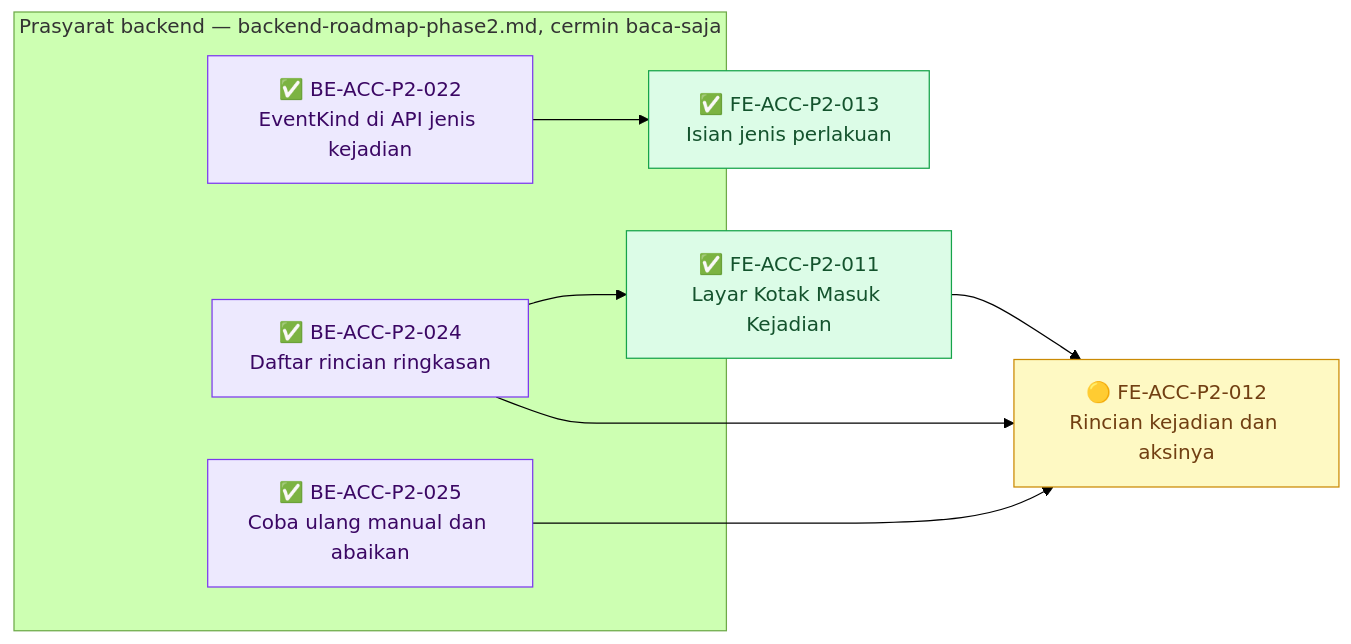
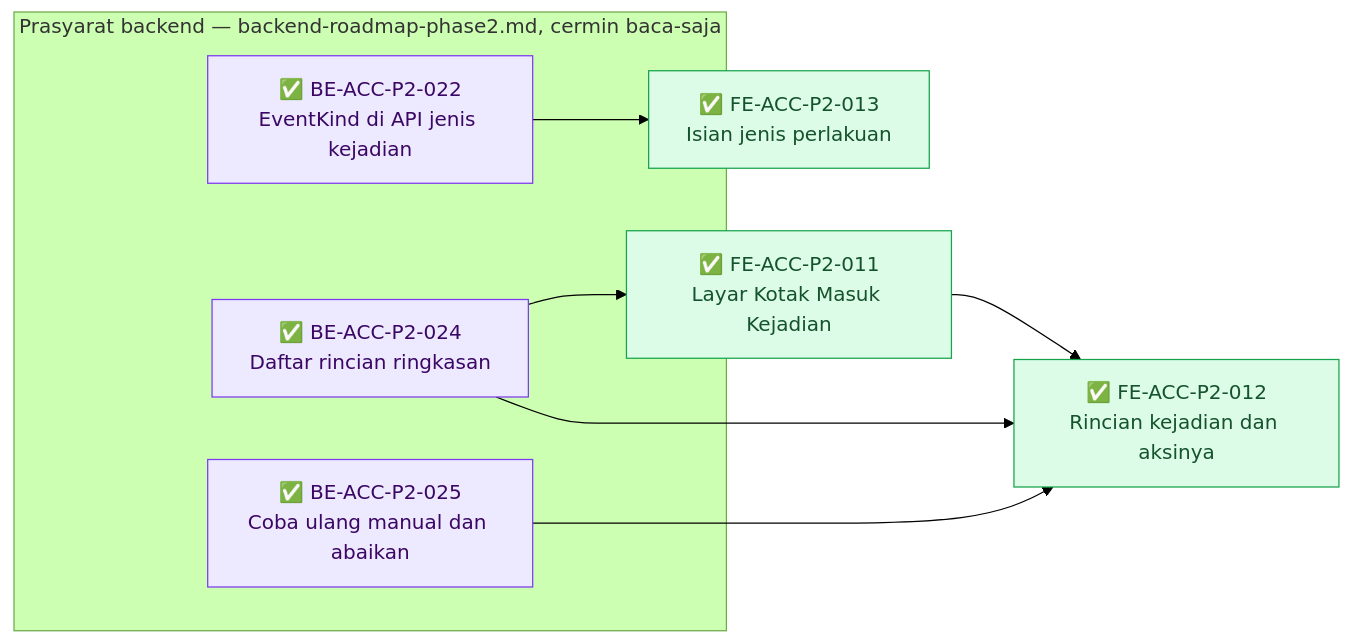
Before and after one commit to DevBenari/NewQuilvianSystemBackend: the fifth of 5 diagrams in docs/module-blueprints/accounting/roadmap/frontend-roadmap-phase2.md, drawn with Mermaid (forest theme). The commit also changed other lines of this file and 8 other files, not shown here.

Commit message:
merubah status task menjadi selesai pada task BE-ACC-26

````diff
--- a/docs/module-blueprints/accounting/roadmap/frontend-roadmap-phase2.md
+++ b/docs/module-blueprints/accounting/roadmap/frontend-roadmap-phase2.md
@@ -451,24 +451,24 @@
 ```mermaid
 flowchart LR
     classDef selesai fill:#DCFCE7,stroke:#16A34A,color:#14532D
     classDef sebagian fill:#FEF9C3,stroke:#CA8A04,color:#713F12
     classDef terblokir fill:#FEE2E2,stroke:#DC2626,color:#7F1D1D
     classDef belum fill:#F1F5F9,stroke:#64748B,color:#0F172A
     classDef luar fill:#EDE9FE,stroke:#7C3AED,color:#3B0764
 
     subgraph backend["Prasyarat backend — backend-roadmap-phase2.md, cermin baca-saja"]
         BBEACCP2022["✅ BE-ACC-P2-022<br/>EventKind di API jenis kejadian"]:::luar
         BBEACCP2024["✅ BE-ACC-P2-024<br/>Daftar rincian ringkasan"]:::luar
         BBEACCP2025["✅ BE-ACC-P2-025<br/>Coba ulang manual dan abaikan"]:::luar
     end
 
     FEACCP2011["✅ FE-ACC-P2-011<br/>Layar Kotak Masuk Kejadian"]:::selesai
-    FEACCP2012["🟡 FE-ACC-P2-012<br/>Rincian kejadian dan aksinya"]:::sebagian
+    FEACCP2012["✅ FE-ACC-P2-012<br/>Rincian kejadian dan aksinya"]:::selesai
     FEACCP2013["✅ FE-ACC-P2-013<br/>Isian jenis perlakuan"]:::selesai
 
     BBEACCP2024 --> FEACCP2011
     BBEACCP2024 --> FEACCP2012
     BBEACCP2025 --> FEACCP2012
     FEACCP2011 --> FEACCP2012
     BBEACCP2022 --> FEACCP2013
 ```
````
